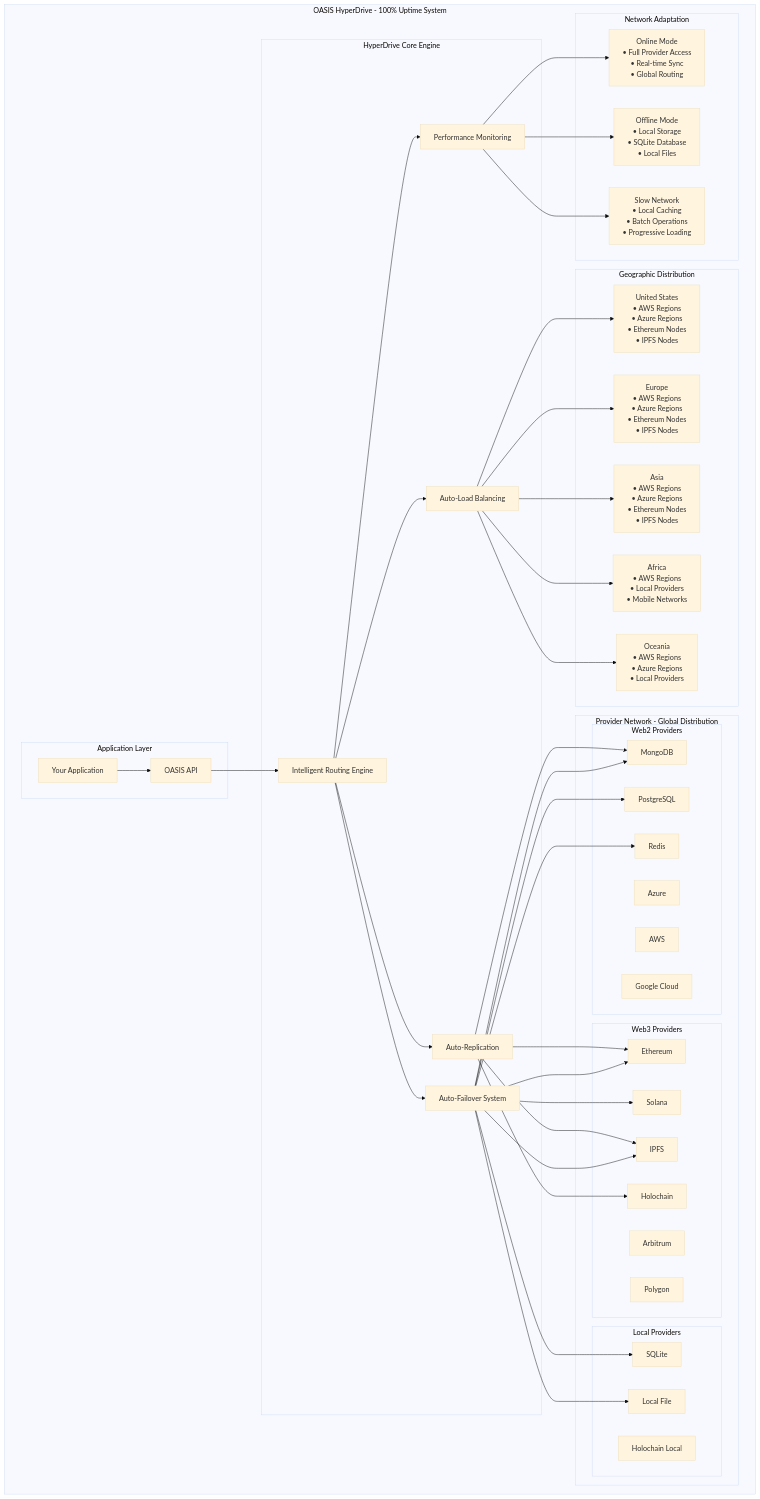
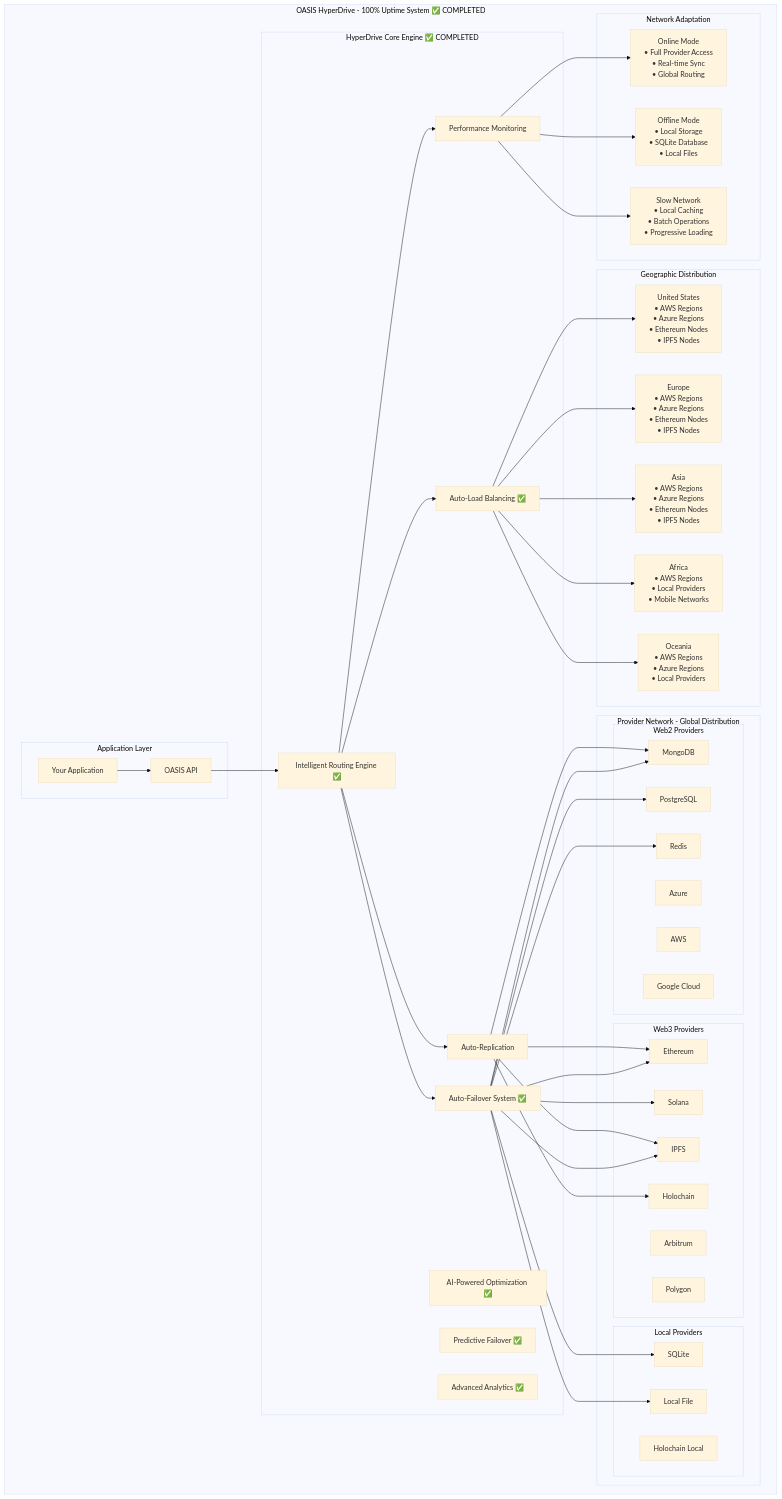
Before and after one commit to NextGenSoftwareUK/OASIS: the third of 5 diagrams in README.md, drawn with Mermaid (base theme). The commit also changed other lines of this file and 1638 other files, not shown here.

Commit message:
Lots of work! :) New OASISWEB4.Com site, providers orgainsied into sub-folders, Auto-load balancing implemented for OASIS HyperDrive,  lots new documentation,  technical debt & lots more! :)

````diff
--- a/README.md
+++ b/README.md
@@ -521,15 +521,18 @@
 ```mermaid
 graph TB
-    subgraph "OASIS HyperDrive - 100% Uptime System"
+    subgraph "OASIS HyperDrive - 100% Uptime System ✅ COMPLETED"
         subgraph "Application Layer"
             APP[Your Application]
             API[OASIS API]
         end
         
-        subgraph "HyperDrive Core Engine"
-            ROUTING[Intelligent Routing Engine]
-            FAILOVER[Auto-Failover System]
-            LOADBAL[Auto-Load Balancing]
+        subgraph "HyperDrive Core Engine ✅ COMPLETED"
+            ROUTING[Intelligent Routing Engine ✅]
+            FAILOVER[Auto-Failover System ✅]
+            LOADBAL[Auto-Load Balancing ✅]
+            AI[AI-Powered Optimization ✅]
+            PREDICT[Predictive Failover ✅]
+            ANALYTICS[Advanced Analytics ✅]
             REPLICATION[Auto-Replication]
             MONITORING[Performance Monitoring]
         end
````
